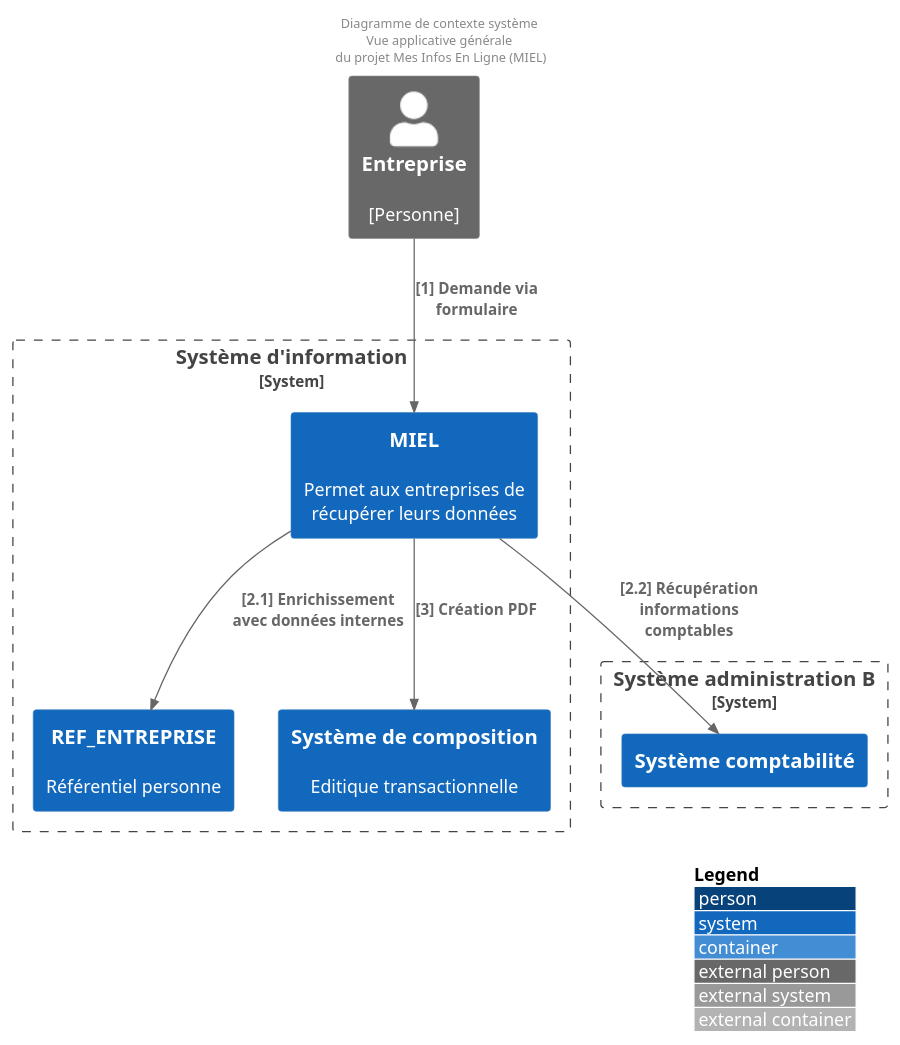
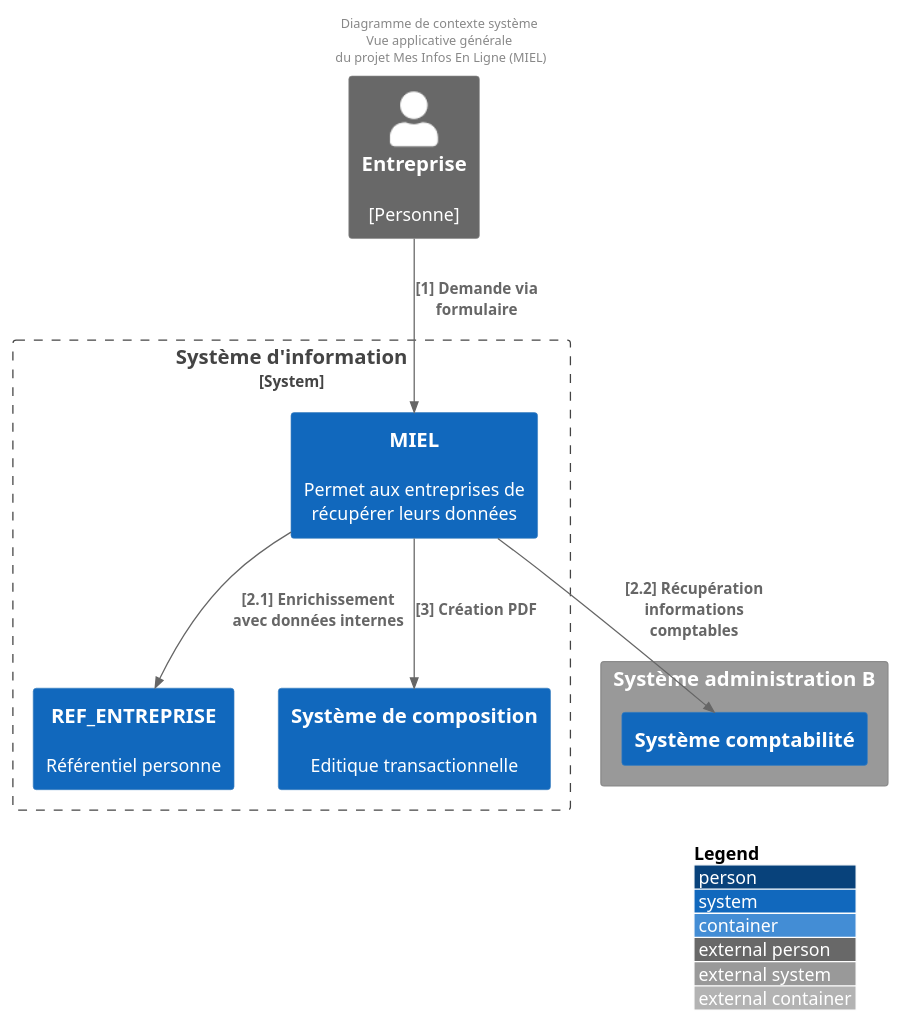
One commit to bflorat/modele-da changed the diagram in diagrammes/archi-applicative-generale.puml. Above: the diagram before and after it, drawn with PlantUML. The commit also changed 14 other files, not shown here.

```diff
--- a/diagrammes/archi-applicative-generale.puml
+++ b/diagrammes/archi-applicative-generale.puml
@@ -1,22 +1,22 @@
 @startuml archi-applicative-generale
 !include <C4/C4_Container>
 header Diagramme de contexte système \nVue applicative générale \ndu projet Mes Infos En Ligne (MIEL)
 LAYOUT_WITH_LEGEND()
 Person_Ext(entreprise, "Entreprise","[Personne]")
 
-System_Boundary(administration, "Système administration B") {
+System_Ext(administration, "Système administration B") {
     System(p1, "Système comptabilité")        
 }
 
 System_Boundary(si, "Système d'information"){
   System(ma, "MIEL","Permet aux entreprises de récupérer leurs données")
   System(ref1, "REF_ENTREPRISE","Référentiel personne")
   System(compo, "Système de composition","Editique transactionnelle"){        
 }
 
 Rel(entreprise, ma, "[1] Demande via formulaire")
 Rel(ma, ref1, "[2.1] Enrichissement avec données internes")
 Rel(ma, p1, "[2.2] Récupération informations comptables")
 Rel(ma, compo, "[3] Création PDF")
 
 @enduml
```
